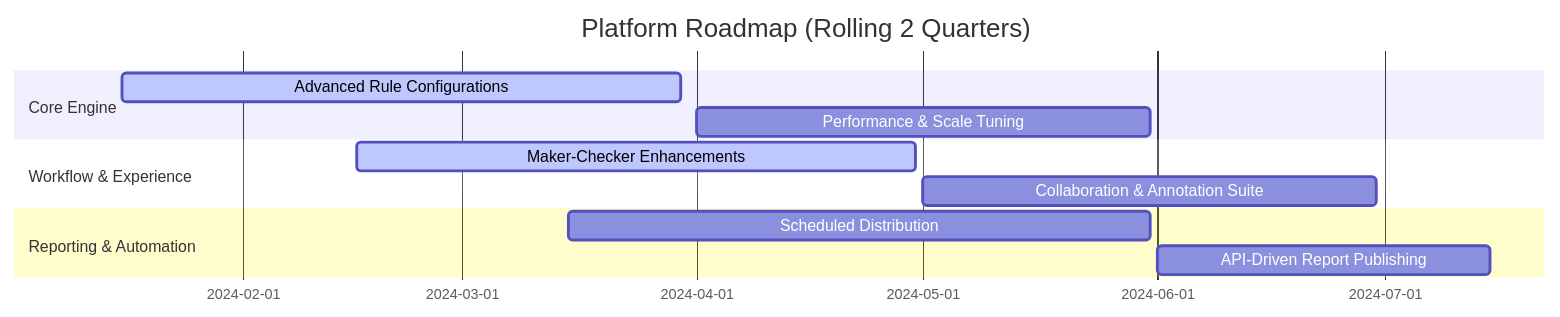
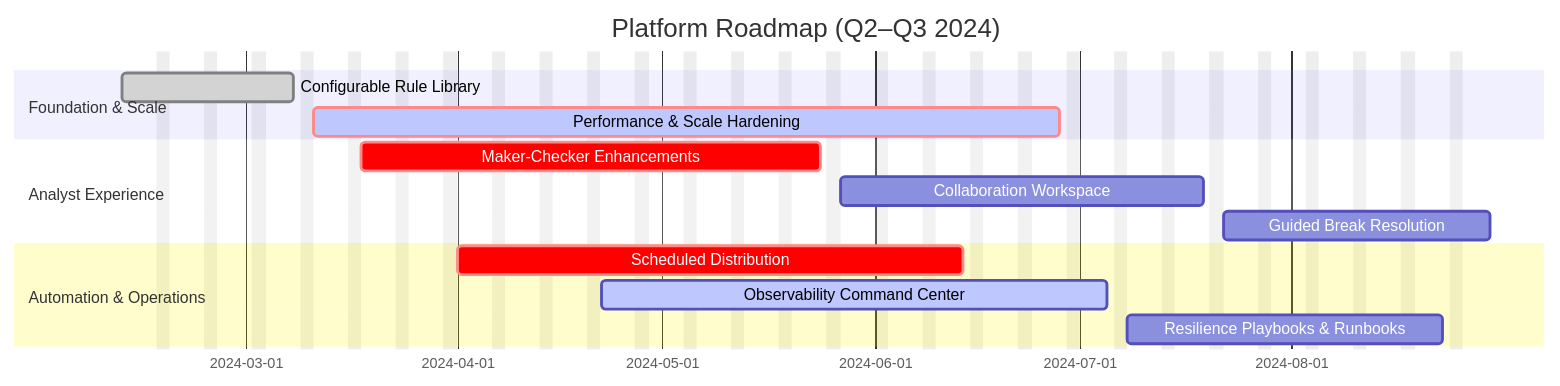
The second of 2 diagrams in docs/wiki/Architecture-Review-Briefing.md (kleash/recon-platform), drawn with Mermaid before and after one commit. The commit also changed other lines of this file, not shown here.

Commit message:
Enhance architecture review briefing details

````diff
--- a/docs/wiki/Architecture-Review-Briefing.md
+++ b/docs/wiki/Architecture-Review-Briefing.md
@@ -98,14 +113,17 @@
 ```mermaid
 gantt
     dateFormat  YYYY-MM-DD
-    title Platform Roadmap (Rolling 2 Quarters)
-    section Core Engine
-    Advanced Rule Configurations        :active,  a1, 2024-01-16, 2024-03-30
-    Performance & Scale Tuning          :        a2, 2024-04-01, 2024-05-31
-    section Workflow & Experience
-    Maker-Checker Enhancements          :active,  b1, 2024-02-16, 2024-04-30
-    Collaboration & Annotation Suite    :        b2, 2024-05-01, 2024-06-30
-    section Reporting & Automation
-    Scheduled Distribution              :        c1, 2024-03-15, 2024-05-31
-    API-Driven Report Publishing        :        c2, 2024-06-01, 2024-07-15
+    title Platform Roadmap (Q2–Q3 2024)
+    excludes weekends
+    section Foundation & Scale
+    Configurable Rule Library           :done, a1, 2024-02-12, 2024-03-08
+    Performance & Scale Hardening       :active, crit, a2, 2024-03-11, 2024-06-28
+    section Analyst Experience
+    Maker-Checker Enhancements          :crit, b1, 2024-03-18, 2024-05-24
+    Collaboration Workspace             :b2, 2024-05-27, 2024-07-19
+    Guided Break Resolution             :b3, 2024-07-22, 2024-08-30
+    section Automation & Operations
+    Scheduled Distribution              :crit, c1, 2024-04-01, 2024-06-14
+    Observability Command Center        :active, c2, 2024-04-22, 2024-07-05
+    Resilience Playbooks & Runbooks     :c3, 2024-07-08, 2024-08-23
 ```
````
